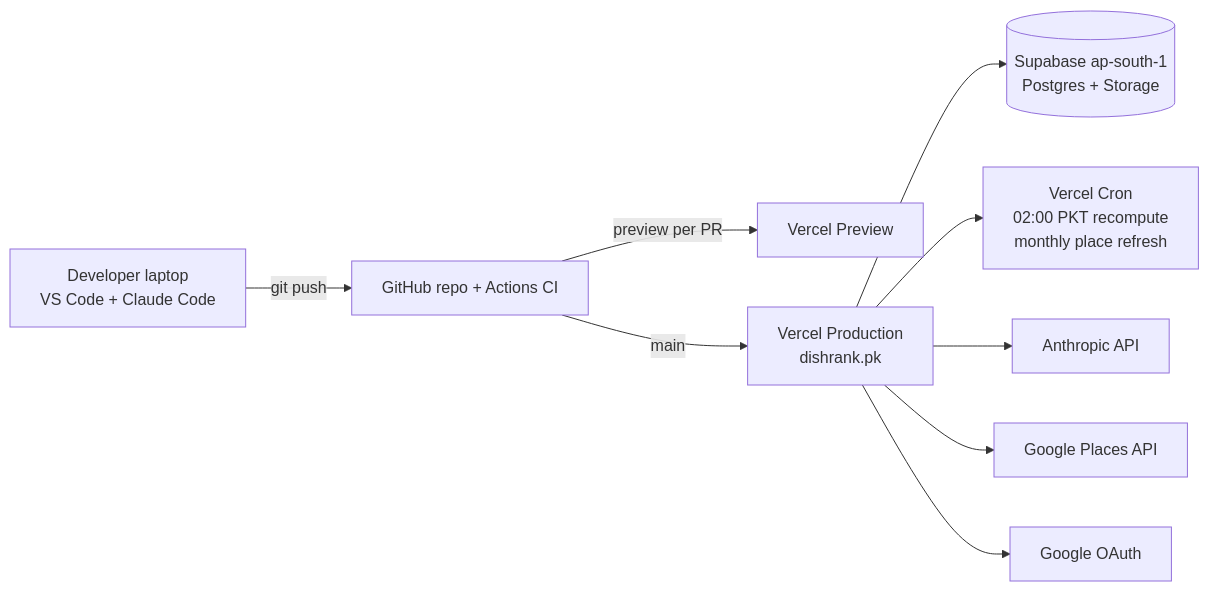
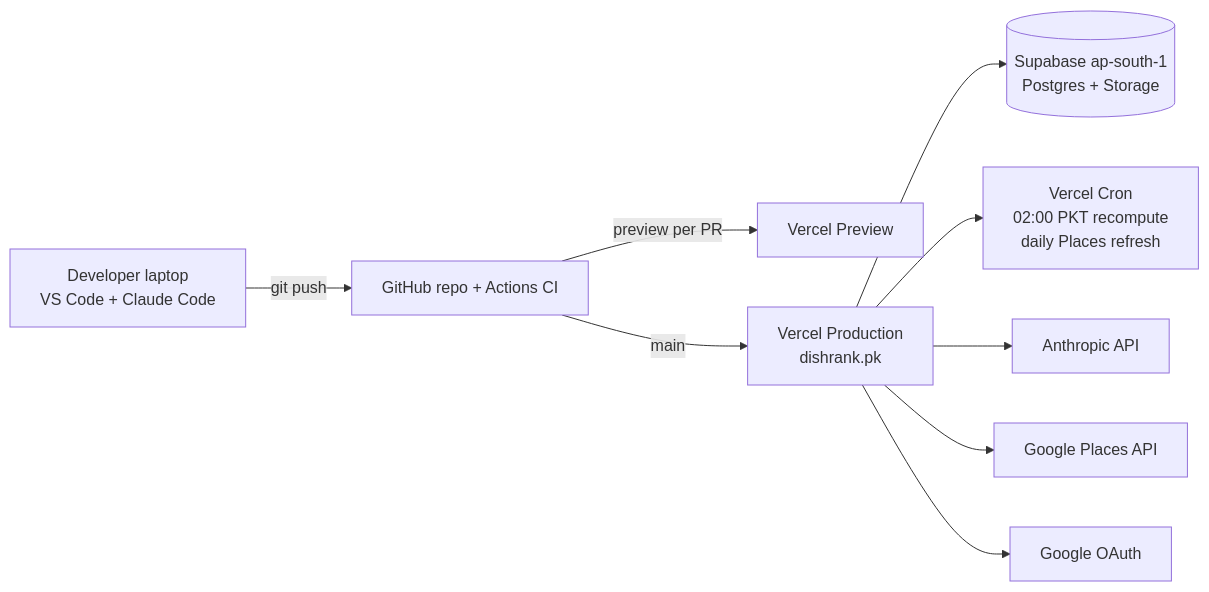
Before and after one commit to JawadSarfraz/dishrank: the diagram in docs/diagrams/deployment.mmd, drawn with Mermaid. The commit also changed 12 other files, not shown here.

```diff
--- a/docs/diagrams/deployment.mmd
+++ b/docs/diagrams/deployment.mmd
@@ -1,9 +1,9 @@
 flowchart LR
   Dev["Developer laptop<br/>VS Code + Claude Code"] -->|git push| GH["GitHub repo + Actions CI"]
   GH -->|preview per PR| VP["Vercel Preview"]
   GH -->|main| VProd["Vercel Production<br/>dishrank.pk"]
   VProd --> SB[("Supabase ap-south-1<br/>Postgres + Storage")]
-  VProd --> Cron["Vercel Cron<br/>02:00 PKT recompute<br/>monthly place refresh"]
+  VProd --> Cron["Vercel Cron<br/>02:00 PKT recompute<br/>daily Places refresh"]
   VProd --> Ant["Anthropic API"]
   VProd --> GP["Google Places API"]
   VProd --> GO["Google OAuth"]
```
